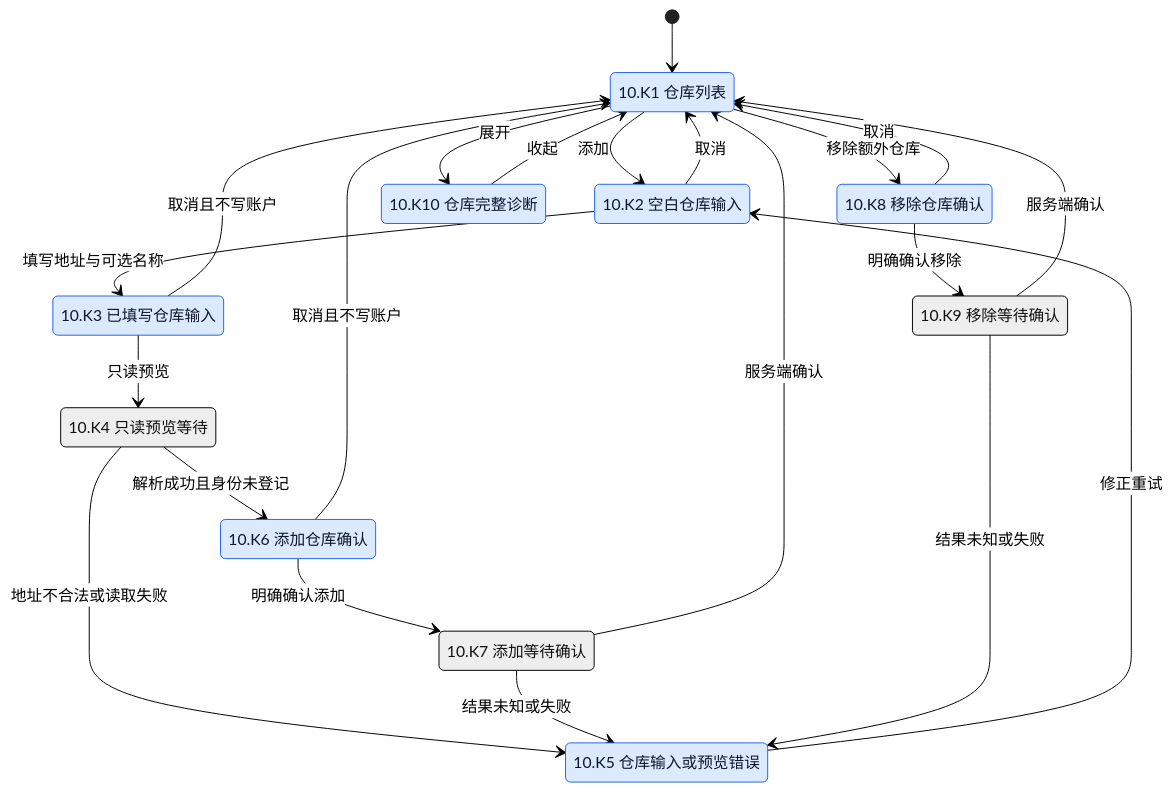
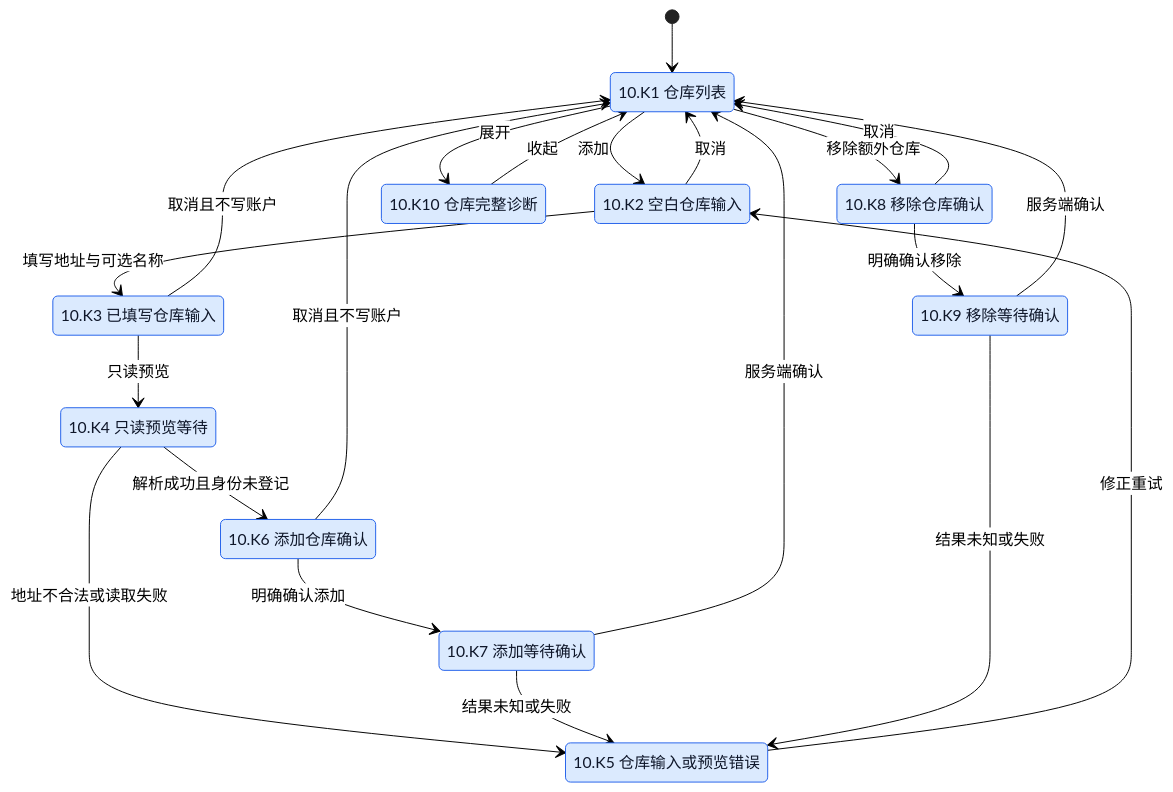
One commit to Wybxc/karuyomi changed diagram 15 of 21 in docs/verification/mihon-state-coverage.md. Above: the diagram before and after it, drawn with Mermaid (neutral theme). The commit also changed other lines of this file and 4 other files, not shown here.

````diff
--- a/docs/verification/mihon-state-coverage.md
+++ b/docs/verification/mihon-state-coverage.md
@@ -1467,35 +1469,35 @@
 ```mermaid
 stateDiagram-v2
     [*] --> Repositories
     state "10.K1 仓库列表" as Repositories
     state "10.K2 空白仓库输入" as EmptyRepositoryInput
     state "10.K3 已填写仓库输入" as RepositoryInput
     state "10.K4 只读预览等待" as PreviewingRepository
     state "10.K5 仓库输入或预览错误" as RepositoryError
     state "10.K6 添加仓库确认" as ConfirmingRepository
     state "10.K7 添加等待确认" as SavingRepository
     state "10.K8 移除仓库确认" as RemovingRepository
     state "10.K9 移除等待确认" as SavingRemoval
     state "10.K10 仓库完整诊断" as RepositoryDiagnostics
     Repositories --> EmptyRepositoryInput: 添加
     EmptyRepositoryInput --> RepositoryInput: 填写地址与可选名称
     RepositoryInput --> Repositories: 取消且不写账户
     EmptyRepositoryInput --> Repositories: 取消
     RepositoryInput --> PreviewingRepository: 只读预览
     PreviewingRepository --> RepositoryError: 地址不合法或读取失败
     PreviewingRepository --> ConfirmingRepository: 解析成功且身份未登记
     RepositoryError --> EmptyRepositoryInput: 修正重试
     ConfirmingRepository --> Repositories: 取消且不写账户
     ConfirmingRepository --> SavingRepository: 明确确认添加
     SavingRepository --> Repositories: 服务端确认
     SavingRepository --> RepositoryError: 结果未知或失败
     Repositories --> RemovingRepository: 移除额外仓库
     RemovingRepository --> Repositories: 取消
     RemovingRepository --> SavingRemoval: 明确确认移除
     SavingRemoval --> Repositories: 服务端确认
     SavingRemoval --> RepositoryError: 结果未知或失败
     Repositories --> RepositoryDiagnostics: 展开
     RepositoryDiagnostics --> Repositories: 收起
     classDef paired fill:#dbeafe,stroke:#2563eb,color:#0f172a
-    class Repositories,EmptyRepositoryInput,RepositoryInput,RepositoryError,ConfirmingRepository,RemovingRepository,RepositoryDiagnostics paired
+    class Repositories,EmptyRepositoryInput,RepositoryInput,PreviewingRepository,RepositoryError,ConfirmingRepository,SavingRepository,RemovingRepository,SavingRemoval,RepositoryDiagnostics paired
 ```
````
